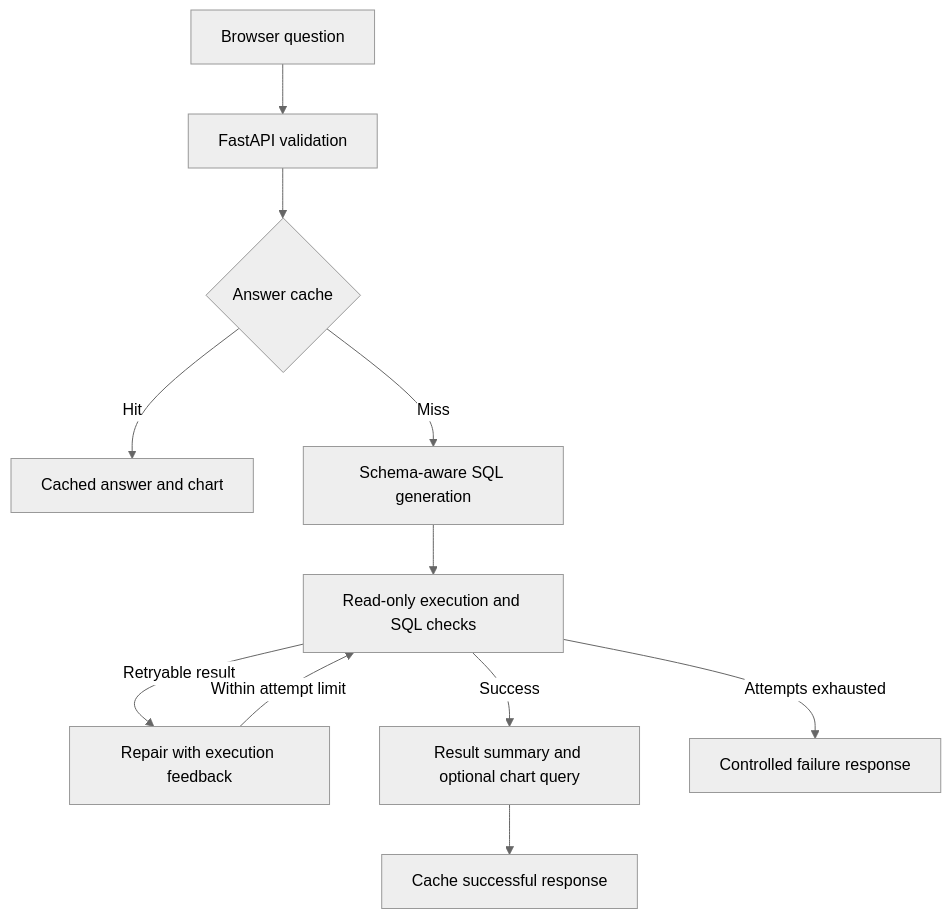
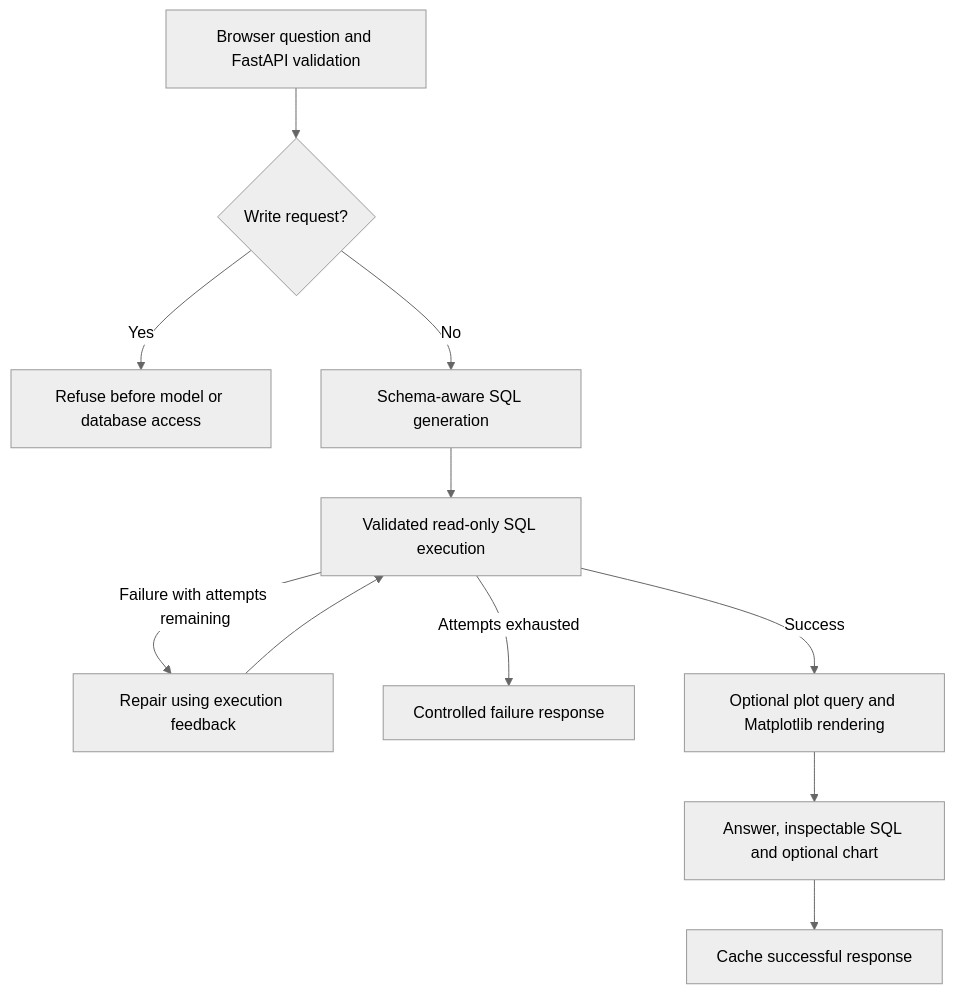
The first of 2 diagrams in README.md (letriluan/AI-Agent-Chatbot), drawn with Mermaid (neutral theme) before and after one commit. The commit also changed other lines of this file and 3 other files, not shown here.

````diff
--- a/README.md
+++ b/README.md
@@ -65,13 +38,13 @@
 ```mermaid
 flowchart TD
-    A[Browser question] --> B[FastAPI validation]
-    B --> C{Answer cache}
-    C -->|Hit| D[Cached answer and chart]
-    C -->|Miss| E[Schema-aware SQL generation]
-    E --> F[Read-only execution and SQL checks]
-    F -->|Retryable result| G[Repair with execution feedback]
-    G -->|Within attempt limit| F
-    F -->|Success| H[Result summary and optional chart query]
-    H --> I[Cache successful response]
-    F -->|Attempts exhausted| J[Controlled failure response]
+    A[Browser question and FastAPI validation] --> B{Write request?}
+    B -->|Yes| C[Refuse before model or database access]
+    B -->|No| D[Schema-aware SQL generation]
+    D --> E[Validated read-only SQL execution]
+    E -->|Failure with attempts remaining| F[Repair using execution feedback]
+    F --> E
+    E -->|Attempts exhausted| G[Controlled failure response]
+    E -->|Success| H[Optional plot query and Matplotlib rendering]
+    H --> I[Answer, inspectable SQL and optional chart]
+    I --> J[Cache successful response]
 ```
````
